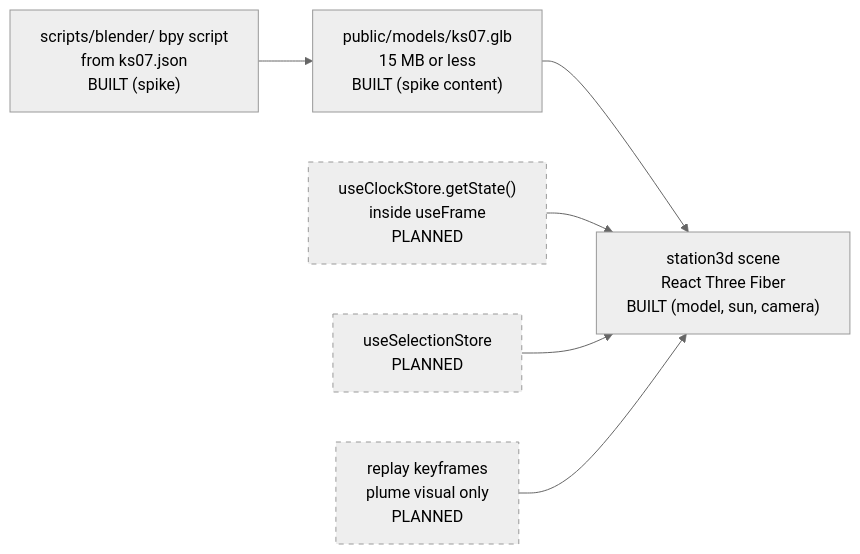
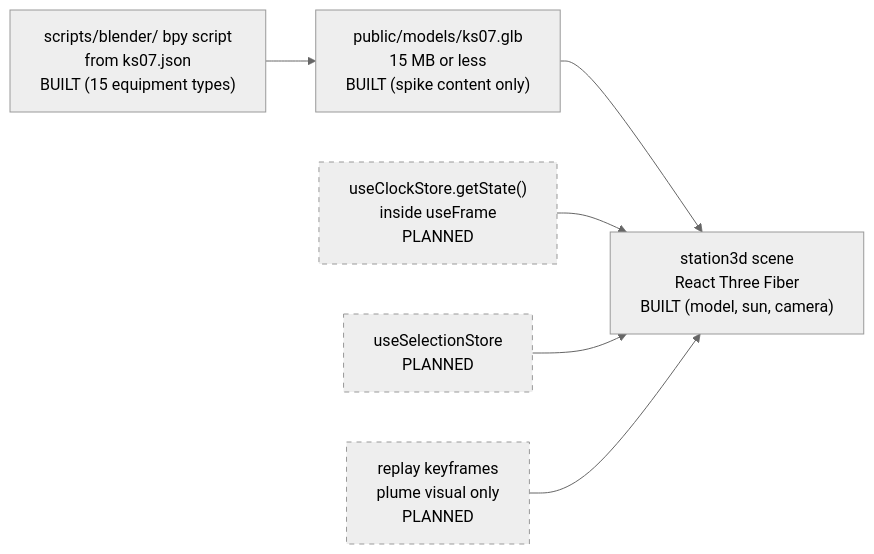
Before and after one commit to Nagdy8888/PlumeTrace: the third of 4 diagrams in docs/reference/FRONTEND.md, drawn with Mermaid (neutral theme). The commit also changed other lines of this file and 58 other files, not shown here.

First line of the commit message:
feat(3d): add bpy parts library and builders for all equipment types

````diff
--- a/docs/reference/FRONTEND.md
+++ b/docs/reference/FRONTEND.md
@@ -189,10 +190,10 @@
 ```mermaid
 flowchart LR
-    Bpy["scripts/blender/ bpy script<br/>from ks07.json<br/>BUILT (spike)"] --> Glb["public/models/ks07.glb<br/>15 MB or less<br/>BUILT (spike content)"]
+    Bpy["scripts/blender/ bpy script<br/>from ks07.json<br/>BUILT (15 equipment types)"] --> Glb["public/models/ks07.glb<br/>15 MB or less<br/>BUILT (spike content only)"]
     Glb --> Scene["station3d scene<br/>React Three Fiber<br/>BUILT (model, sun, camera)"]
     Clock["useClockStore.getState()<br/>inside useFrame<br/>PLANNED"] --> Scene
     Sel["useSelectionStore<br/>PLANNED"] --> Scene
     Frames["replay keyframes<br/>plume visual only<br/>PLANNED"] --> Scene
     classDef planned stroke-dasharray: 5 5
     class Clock,Sel,Frames planned
 ```
````
